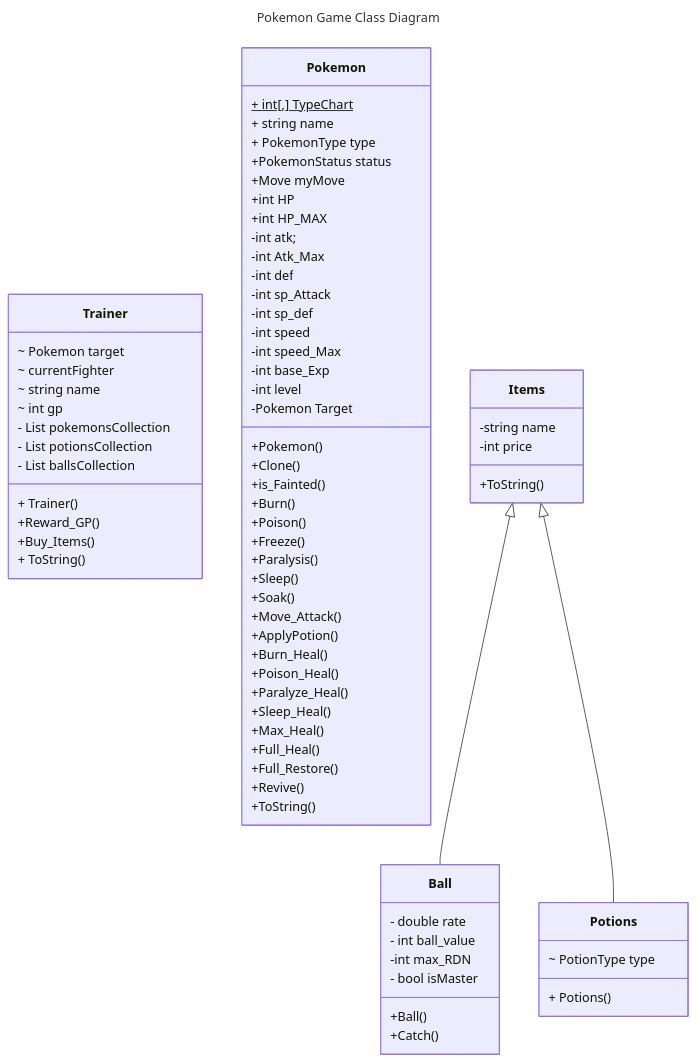
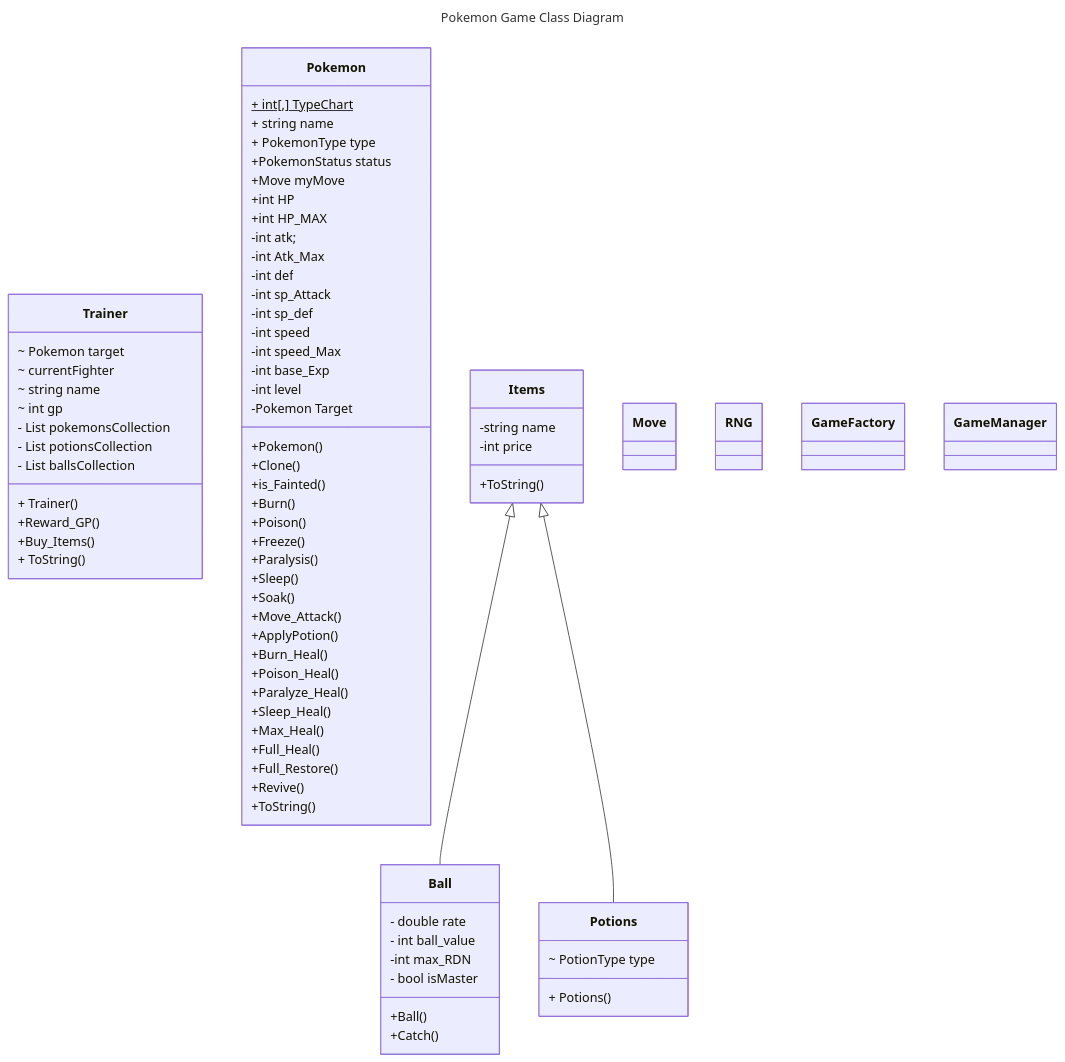
One commit to jinxsu/TextBased-Pokemon changed the diagram in README.md. Above: the diagram before and after it, drawn with Mermaid.

```diff
--- a/README.md
+++ b/README.md
@@ -75,6 +75,14 @@
        ~ PotionType type
        + Potions()
     }
+class Move{
+}
+class RNG{
+}
+class GameFactory{
+}
+class GameManager{
+}
 
 
 
```
